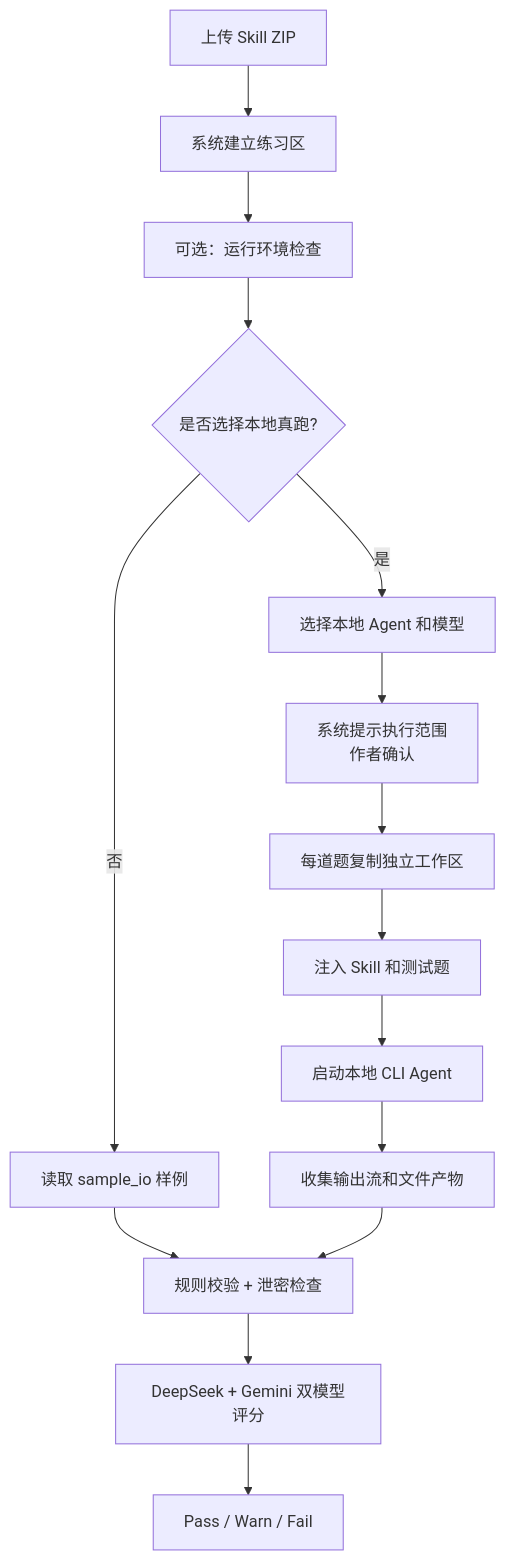
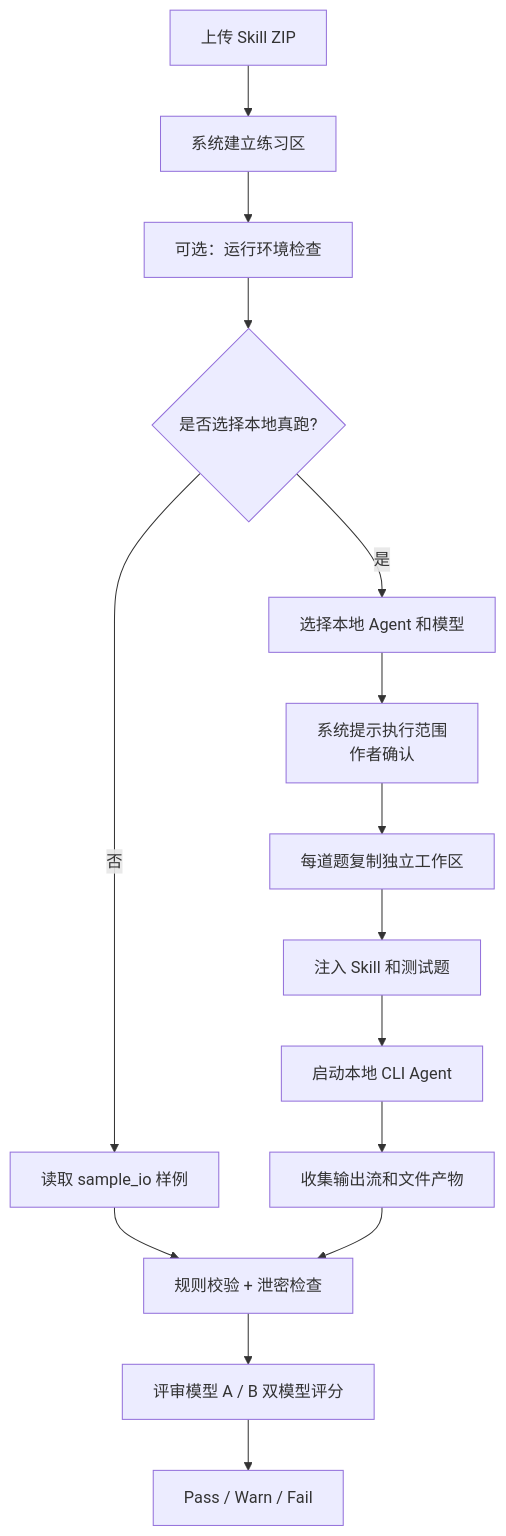
The first of 3 diagrams in docs/guides/本地CLI Agent真跑机制说明.md (NathanZhou1225/Skillhub_eval), drawn with Mermaid before and after one commit. The commit also changed other lines of this file and 5 other files, not shown here.

````diff
--- a/docs/guides/本地CLI Agent真跑机制说明.md
+++ b/docs/guides/本地CLI Agent真跑机制说明.md
@@ -51,17 +51,17 @@
 ```mermaid
 flowchart TD
     A["上传 Skill ZIP"] --> B["系统建立练习区"]
     B --> C["可选：运行环境检查"]
     C --> D{"是否选择本地真跑?"}
     D -->|"否"| E["读取 sample_io 样例"]
     D -->|"是"| F["选择本地 Agent 和模型"]
     F --> G["系统提示执行范围\n作者确认"]
     G --> H["每道题复制独立工作区"]
     H --> I["注入 Skill 和测试题"]
     I --> J["启动本地 CLI Agent"]
     J --> K["收集输出流和文件产物"]
     E --> L["规则校验 + 泄密检查"]
     K --> L
-    L --> M["DeepSeek + Gemini 双模型评分"]
+    L --> M["评审模型 A / B 双模型评分"]
     M --> N["Pass / Warn / Fail"]
 ```
````
